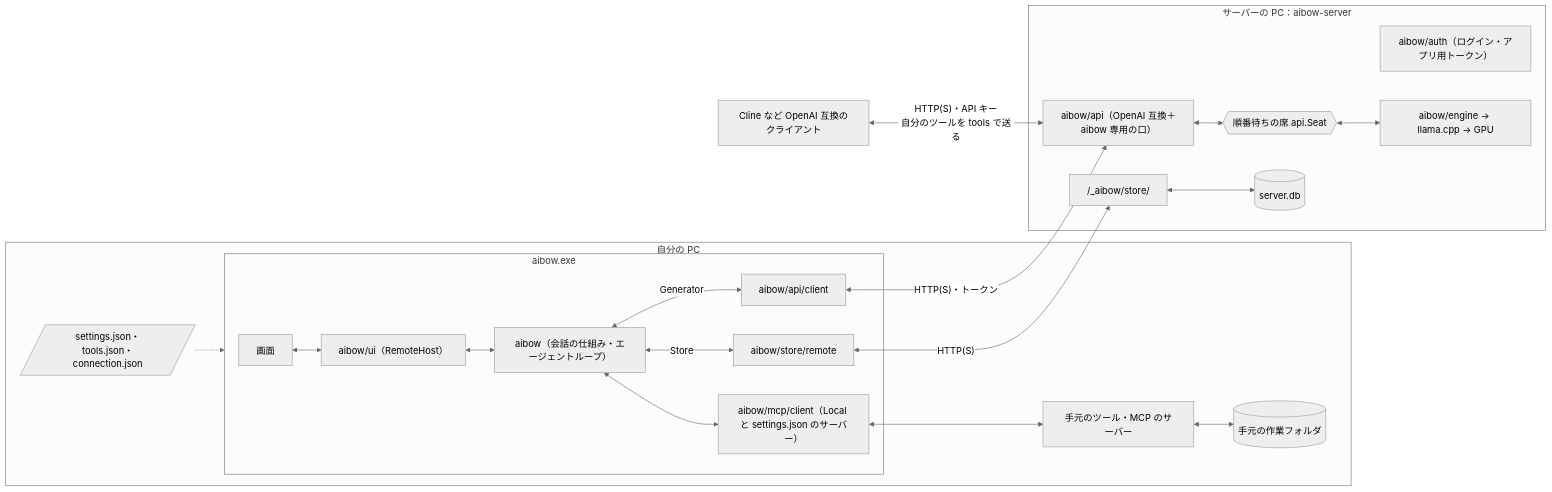
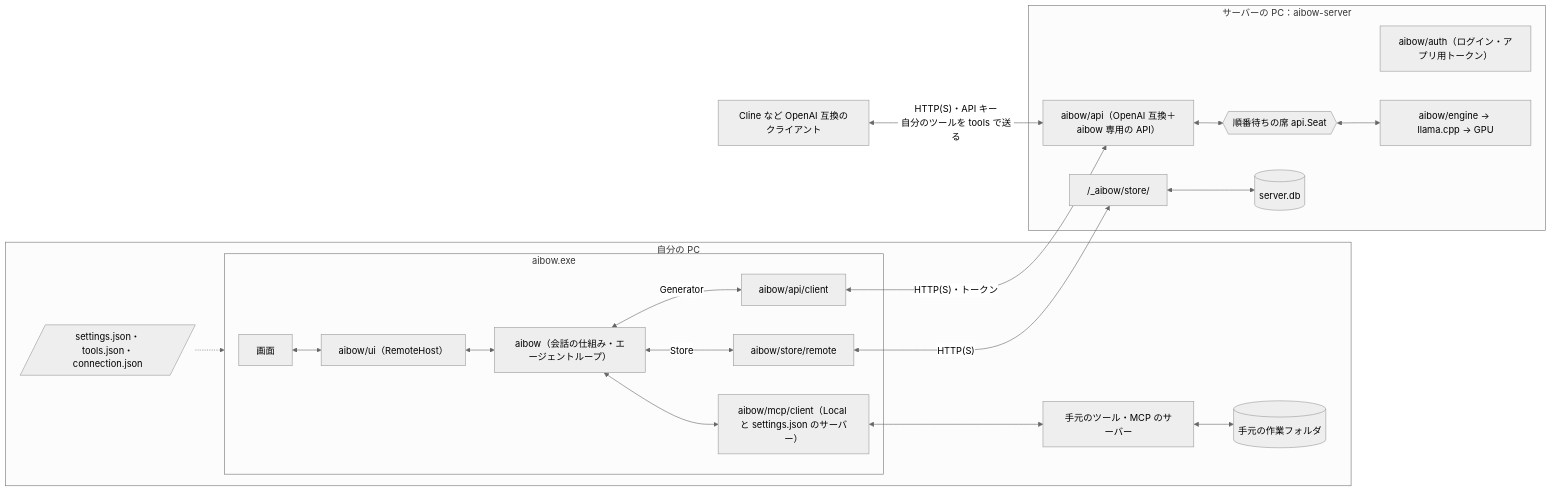
The second of 7 diagrams in _docs/diagrams.md (secondarykey/aibow), drawn with Mermaid (neutral theme) before and after one commit. The commit also changed other lines of this file and 17 other files, not shown here.

````diff
--- a/_docs/diagrams.md
+++ b/_docs/diagrams.md
@@ -58,25 +58,25 @@
 ```mermaid
 flowchart LR
   subgraph PC["自分の PC"]
     subgraph APP["aibow.exe"]
       UI["画面"] <--> SVC["aibow/ui（RemoteHost）"]
       SVC <--> CONV["aibow（会話の仕組み・エージェントループ）"]
       CONV <--> MCPC["aibow/mcp/client（Local と settings.json のサーバー）"]
       CONV <-->|"Generator"| APIC["aibow/api/client"]
       CONV <-->|"Store"| SR["aibow/store/remote"]
     end
     MCPC <--> TOOLS["手元のツール・MCP のサーバー"]
     TOOLS <--> WD[("手元の作業フォルダ")]
     CFG[/"settings.json・tools.json・connection.json"/] -.-> APP
   end
 
   subgraph SRV["サーバーの PC：aibow-server"]
     AUTH["aibow/auth（ログイン・アプリ用トークン）"]
-    API["aibow/api（OpenAI 互換＋aibow 専用の口）"] <--> SEAT{{"順番待ちの席 api.Seat"}} <--> ENG["aibow/engine → llama.cpp → GPU"]
+    API["aibow/api（OpenAI 互換＋aibow 専用の API）"] <--> SEAT{{"順番待ちの席 api.Seat"}} <--> ENG["aibow/engine → llama.cpp → GPU"]
     STO["/_aibow/store/"] <--> SDB[("server.db")]
   end
 
   APIC <-->|"HTTP(S)・トークン"| API
   SR <-->|"HTTP(S)"| STO
   CLINE["Cline など OpenAI 互換のクライアント"] <-->|"HTTP(S)・API キー<br/>自分のツールを tools で送る"| API
 ```
````
